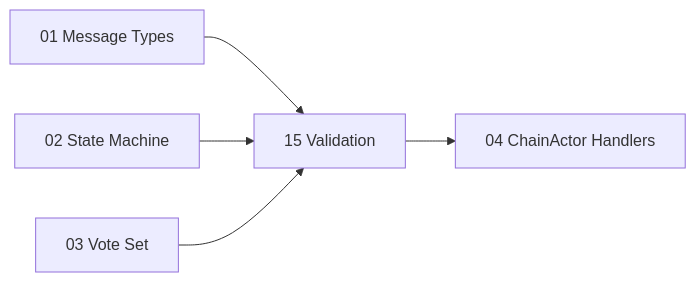
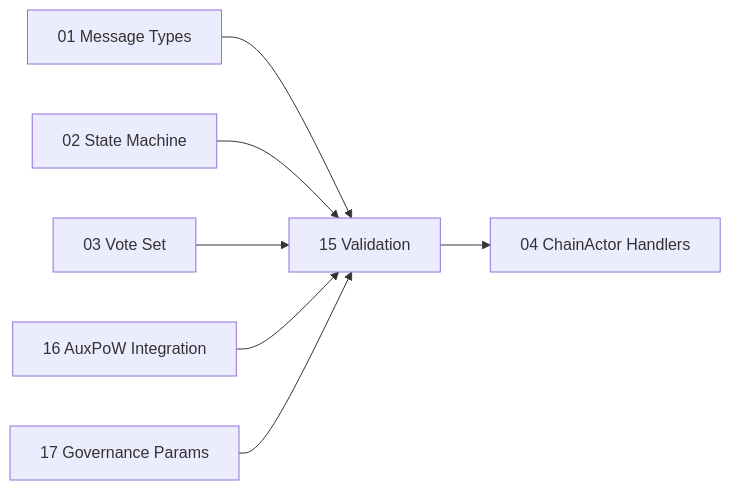
Before and after one commit to AnduroProject/alys: the second of 2 diagrams in docs/v2_alpha/tendermint_implementation/15_VALIDATION_MODULE.md, drawn with Mermaid. The commit also changed other lines of this file and 1 other file, not shown here.

First line of the commit message:
feat(docs): enhance validation module documentation for Tendermint integration

````diff
--- a/docs/v2_alpha/tendermint_implementation/15_VALIDATION_MODULE.md
+++ b/docs/v2_alpha/tendermint_implementation/15_VALIDATION_MODULE.md
@@ -783,7 +1296,9 @@
 ```mermaid
 graph LR
     A[01 Message Types] --> V[15 Validation]
     B[02 State Machine] --> V
     C[03 Vote Set] --> V
+    P[16 AuxPoW Integration] --> V
+    G[17 Governance Params] --> V
     V --> D[04 ChainActor Handlers]
 ```
````
